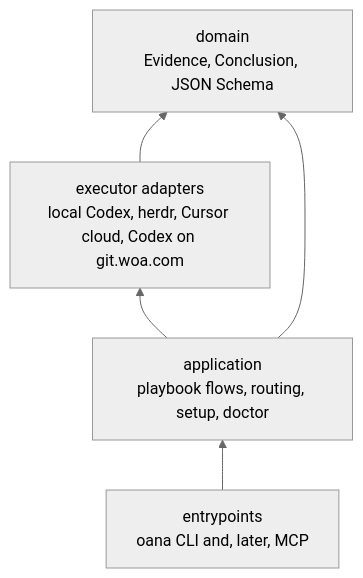
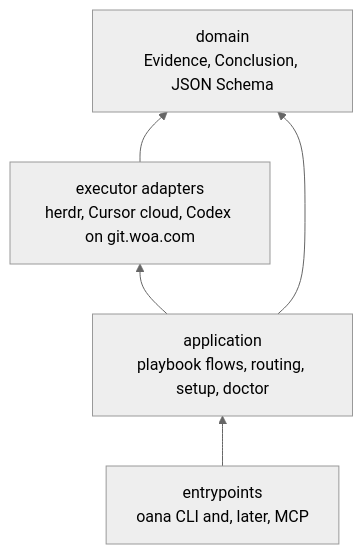
One commit to Oanakiaja/oanastack changed the first of 3 diagrams in references/architecture.md. Above: the diagram before and after it, drawn with Mermaid (neutral theme). The commit also changed other lines of this file and 2 other files, not shown here.

First line of the commit message:
docs: point remaining grokc references at herdr (#21)

````diff
--- a/references/architecture.md
+++ b/references/architecture.md
@@ -37,11 +36,11 @@
 ```mermaid
 flowchart BT
   domain["domain<br/>Evidence, Conclusion, JSON Schema"]
-  adapters["executor adapters<br/>local Codex, herdr, Cursor cloud, Codex on git.woa.com"]
+  adapters["executor adapters<br/>herdr, Cursor cloud, Codex on git.woa.com"]
   application["application<br/>playbook flows, routing, setup, doctor"]
   entry["entrypoints<br/>oana CLI and, later, MCP"]
   adapters --> domain
   application --> adapters
   application --> domain
   entry --> application
 ```
````
